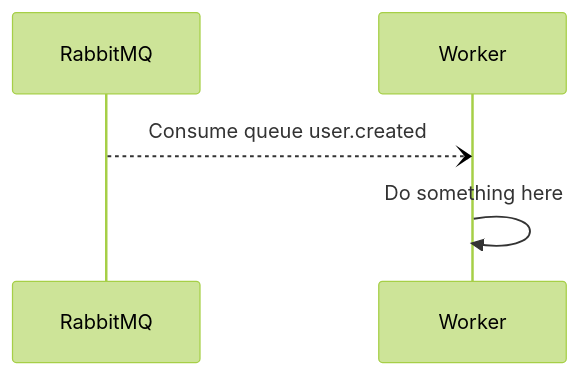
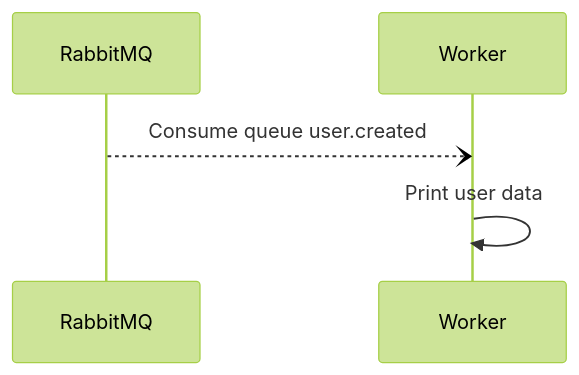
The second of 14 diagrams in GUIDE.md (doanthuanthanh88/yas-sequence-diagram), drawn with Mermaid (forest theme) before and after one commit. The commit also changed other lines of this file and 14 other files, not shown here.

````diff
--- a/GUIDE.md
+++ b/GUIDE.md
@@ -63,6 +99,6 @@
 ```mermaid
 sequenceDiagram
 
 RabbitMQ --) Worker: Consume queue user.created
-Worker ->> Worker: Do something here
+Worker ->> Worker: Print user data
 ```
````
